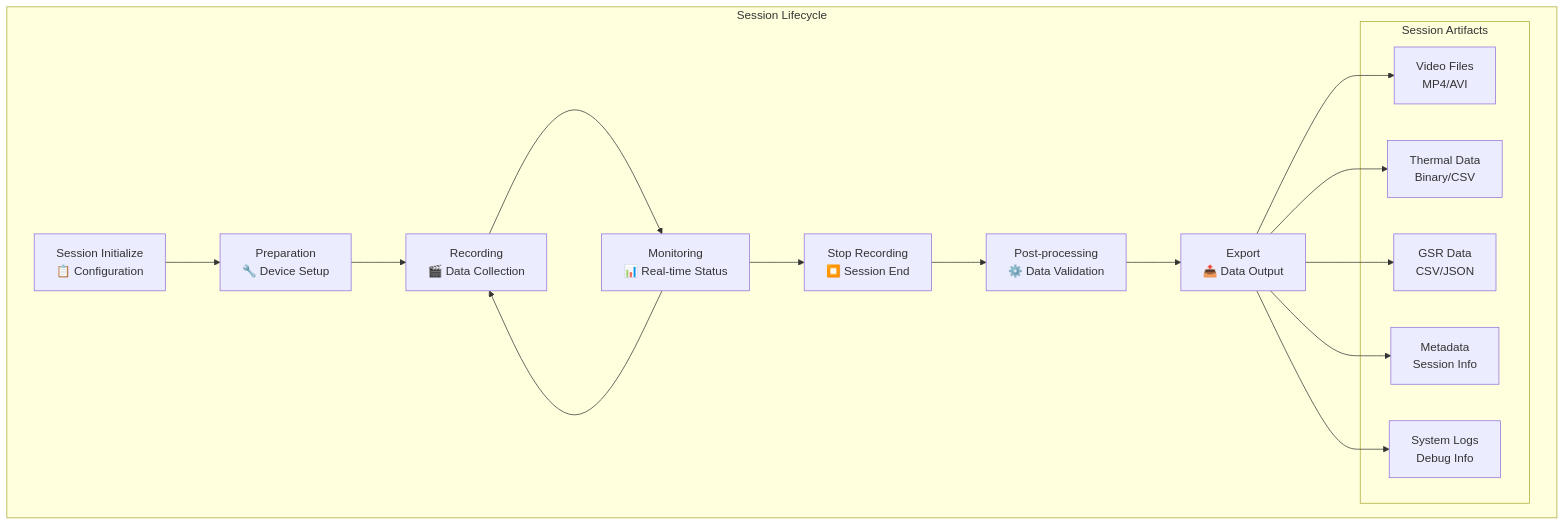
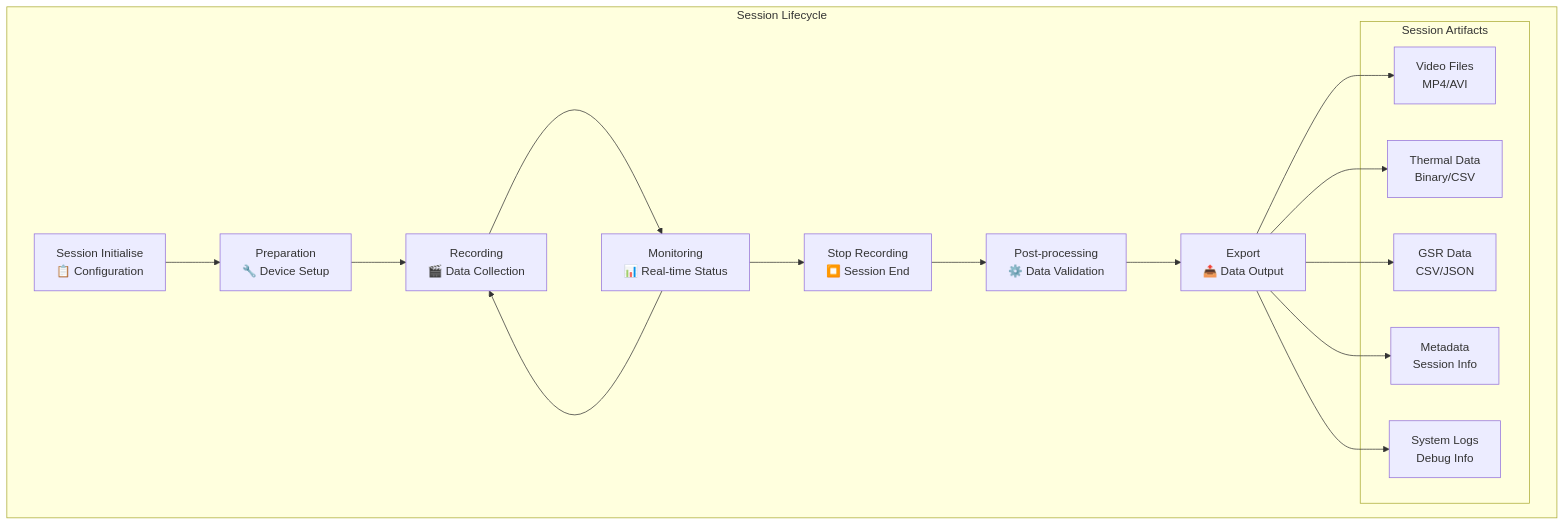
The sixth of 11 diagrams in PythonApp/README.md (buccancs/fyp-multi-sensor-recording-system), drawn with Mermaid before and after one commit. The commit also changed other lines of this file and 56 other files, not shown here.

````diff
--- a/PythonApp/README.md
+++ b/PythonApp/README.md
@@ -442,34 +442,34 @@
 ```mermaid
 graph TB
     subgraph "Session Lifecycle"
-        INIT[Session Initialize<br/>📋 Configuration]
+        INIT[Session Initialise<br/>📋 Configuration]
         PREP[Preparation<br/>🔧 Device Setup]
         REC[Recording<br/>🎬 Data Collection]
         MON[Monitoring<br/>📊 Real-time Status]
         STOP[Stop Recording<br/>⏹️ Session End]
         PROC[Post-processing<br/>⚙️ Data Validation]
         EXPORT[Export<br/>📤 Data Output]
         
         INIT --> PREP
         PREP --> REC
         REC --> MON
         MON --> REC
         MON --> STOP
         STOP --> PROC
         PROC --> EXPORT
         
         subgraph "Session Artifacts"
             VIDEO[Video Files<br/>MP4/AVI]
             THERMAL[Thermal Data<br/>Binary/CSV]
             GSR[GSR Data<br/>CSV/JSON]
             META[Metadata<br/>Session Info]
             LOGS[System Logs<br/>Debug Info]
         end
         
         EXPORT --> VIDEO
         EXPORT --> THERMAL
         EXPORT --> GSR
         EXPORT --> META
         EXPORT --> LOGS
     end
 ```
````
